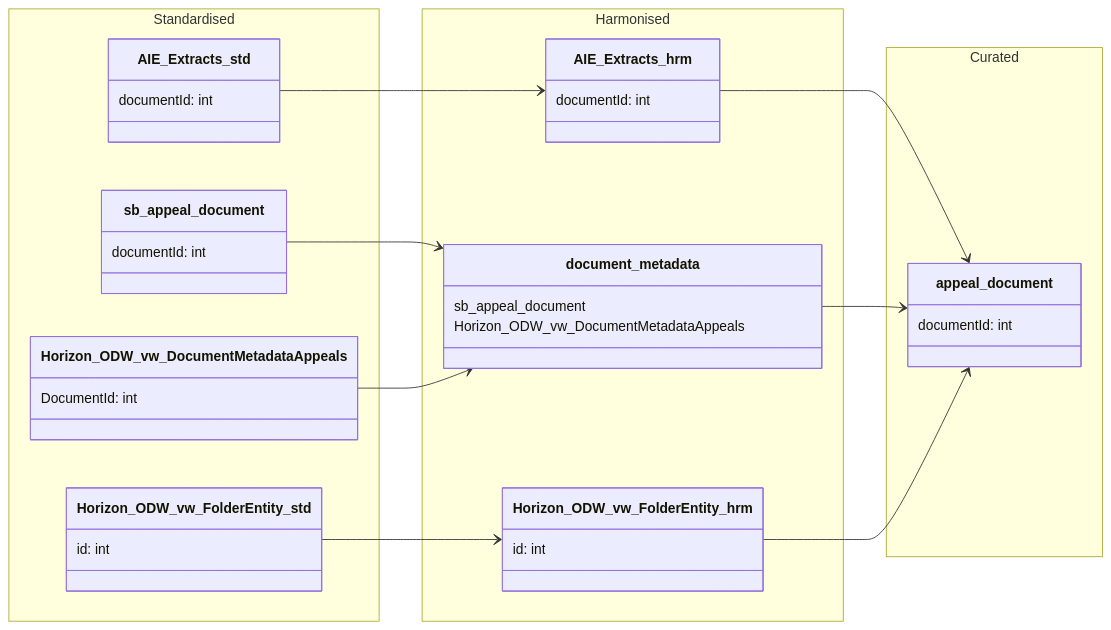
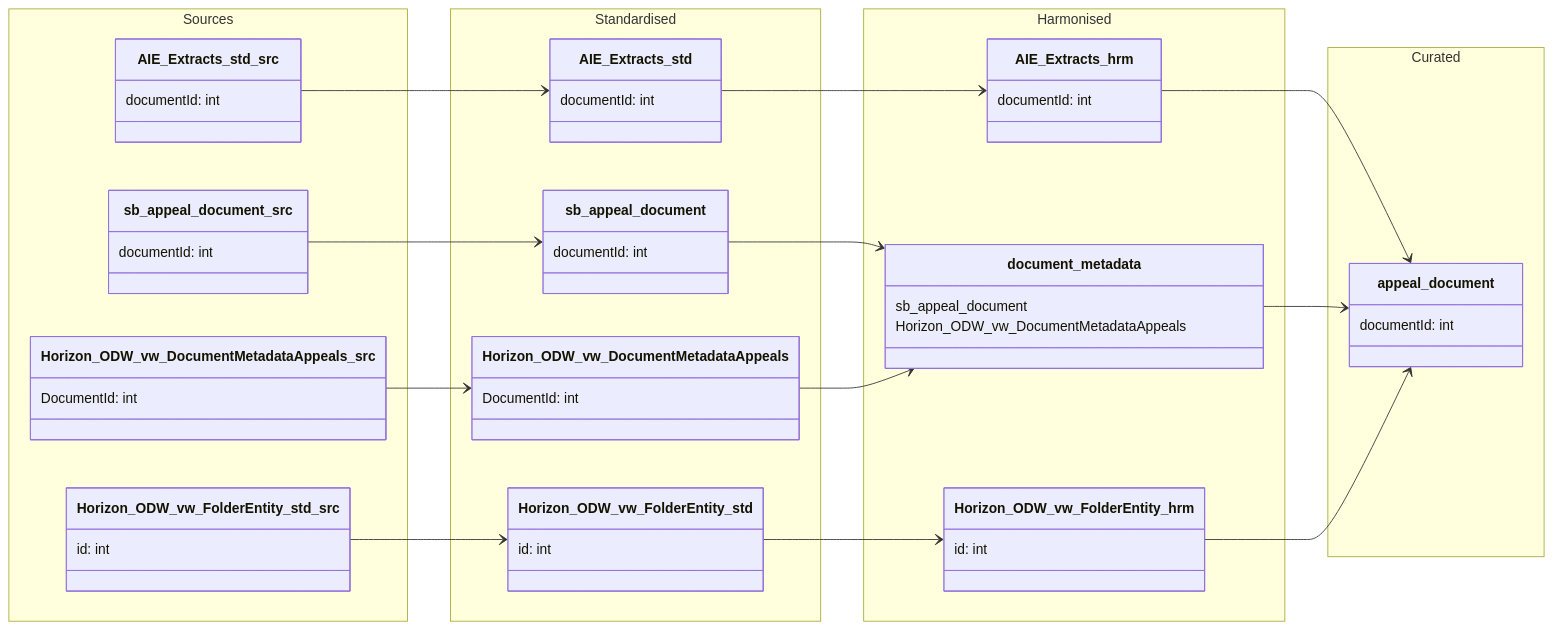
Before and after one commit to Planning-Inspectorate/ODW-Service: the diagram in data-models/appeal-document.md, drawn with Mermaid. The commit also changed other lines of this file and 1 other file, not shown here.

Commit message:
added entity-process flowchart

````diff
--- a/data-models/appeal-document.md
+++ b/data-models/appeal-document.md
@@ -5,58 +7,82 @@
 ```mermaid
 
 classDiagram
 
     direction LR
 
+    namespace Sources {
+
+        class sb_appeal_document_src {
+            documentId: int
+        }
+
+        class Horizon_ODW_vw_DocumentMetadataAppeals_src {
+            DocumentId: int
+        }
+
+        class AIE_Extracts_std_src {
+            documentId: int
+        }
+
+        class Horizon_ODW_vw_FolderEntity_std_src {
+            id: int
+        }
+
+    }
+    
     namespace Standardised {
 
         class sb_appeal_document {
             documentId: int
         }
 
         class Horizon_ODW_vw_DocumentMetadataAppeals {
             DocumentId: int
         }
 
         class AIE_Extracts_std {
             documentId: int
         }
 
         class Horizon_ODW_vw_FolderEntity_std {
             id: int
         }
     }
 
     namespace Harmonised {
 
         class AIE_Extracts_hrm {
             documentId: int
         }
 
         class document_metadata {
             sb_appeal_document
             Horizon_ODW_vw_DocumentMetadataAppeals
         }
 
         class Horizon_ODW_vw_FolderEntity_hrm {
             id: int
         }
     }
 
     namespace Curated {
 
         class appeal_document {
             documentId: int
         }
     }
 
+`sb_appeal_document_src` --> `sb_appeal_document`
+`Horizon_ODW_vw_DocumentMetadataAppeals_src` --> `Horizon_ODW_vw_DocumentMetadataAppeals`
+`AIE_Extracts_std_src` --> `AIE_Extracts_std`
+`Horizon_ODW_vw_FolderEntity_std_src` --> `Horizon_ODW_vw_FolderEntity_std`
 `sb_appeal_document` --> `document_metadata`
 `Horizon_ODW_vw_DocumentMetadataAppeals` --> `document_metadata`
 `AIE_Extracts_std` --> `AIE_Extracts_hrm`
 `Horizon_ODW_vw_FolderEntity_std` --> `Horizon_ODW_vw_FolderEntity_hrm`
 `AIE_Extracts_hrm` --> `appeal_document`
 `document_metadata` --> `appeal_document`
 `Horizon_ODW_vw_FolderEntity_hrm` --> `appeal_document`
 
 
 ```
````
